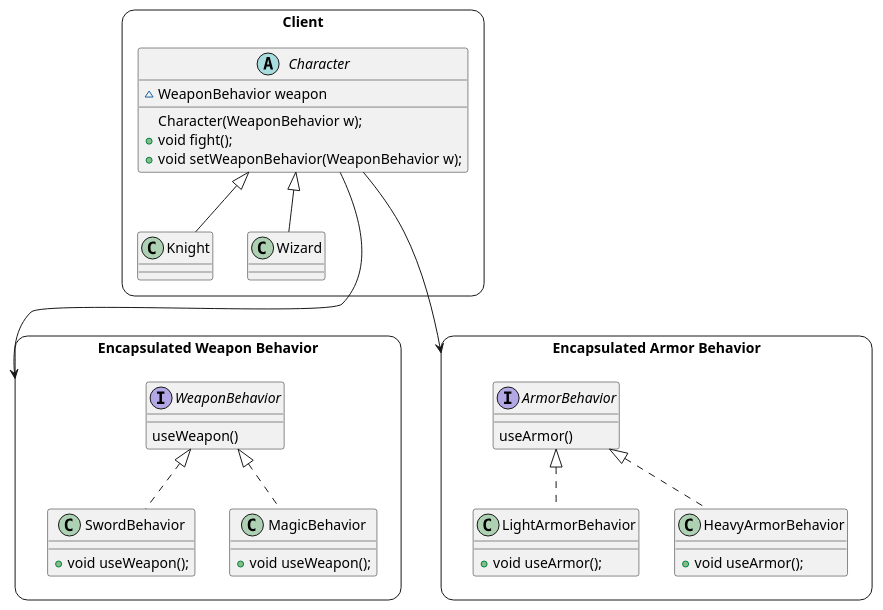
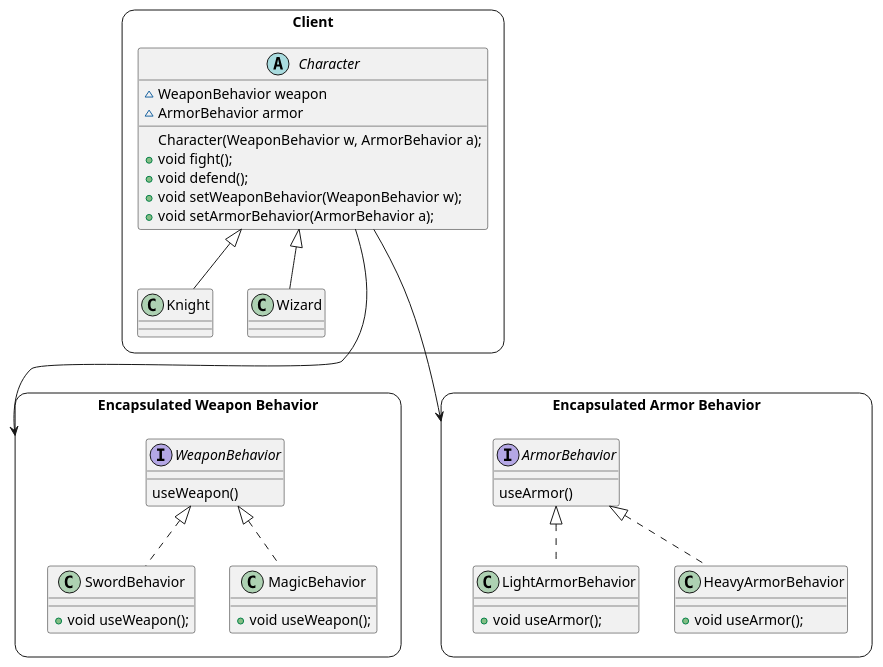
The diagram in UML/strategy.puml (azdanov/design-patterns), drawn with PlantUML before and after one commit. The commit also changed 1 other file, not shown here.

```diff
--- a/UML/strategy.puml
+++ b/UML/strategy.puml
@@ -1,53 +1,56 @@
 @startuml Strategy
 
 skinparam rectangle {
   roundCorner 25
 }
 
 rectangle "Client" {
   abstract class Character {
     {field} ~WeaponBehavior weapon
-    {method} Character(WeaponBehavior w);
+    {field} ~ArmorBehavior armor
+    {method} Character(WeaponBehavior w, ArmorBehavior a);
     {method} +void fight();
+    {method} +void defend();
     {method} +void setWeaponBehavior(WeaponBehavior w);
+    {method} +void setArmorBehavior(ArmorBehavior a);
   }
 
   class Knight extends Character
 
   class Wizard extends Character
 }
 
 together {
   rectangle "Encapsulated Weapon Behavior" {
     interface WeaponBehavior {
       {method} useWeapon()
     }
 
     class SwordBehavior implements WeaponBehavior {
       {method} +void useWeapon();
     }
 
     class MagicBehavior implements WeaponBehavior {
       {method} +void useWeapon();
     }
   }
 
   rectangle "Encapsulated Armor Behavior" {
     interface ArmorBehavior {
       {method} useArmor()
     }
 
     class LightArmorBehavior implements ArmorBehavior {
       {method} +void useArmor();
     }
 
     class HeavyArmorBehavior implements ArmorBehavior {
       {method} +void useArmor();
     }
   }
 }
 
 Character --> "Encapsulated Weapon Behavior"
 Character --> "Encapsulated Armor Behavior"
 Character -[hidden]--> ArmorBehavior
 @enduml
```
